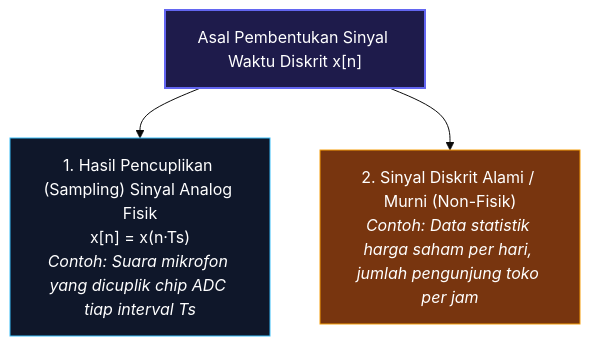
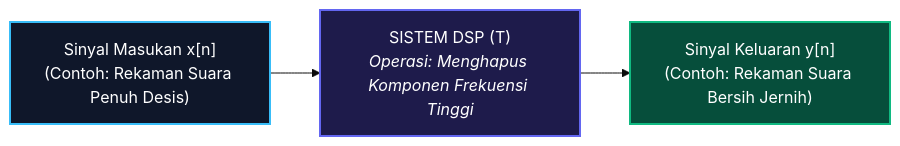
One commit to wheresabuy/PSD changed the third of 6 diagrams in README.md. Above: the diagram before and after it, drawn with Mermaid (base theme). The commit also changed other lines of this file, not shown here.

Commit message:
Reorganize textbook: Strict chronological order based on user prompts with min 4 paragraphs per sub-bab & 9 HD visual graphics

````diff
--- a/README.md
+++ b/README.md
@@ -112,11 +155,8 @@
 ```mermaid
-flowchart TD
-    DTS["Asal Pembentukan Sinyal Waktu Diskrit x[n]"]
+graph LR
+    Input["Sinyal Masukan x[n]<br>(Contoh: Rekaman Suara Penuh Desis)"] --> Sistem["SISTEM DSP (T)<br><i>Operasi: Menghapus Komponen Frekuensi Tinggi</i>"] --> Output["Sinyal Keluaran y[n]<br>(Contoh: Rekaman Suara Bersih Jernih)"]
 
-    DTS --> S1["1. Hasil Pencuplikan (Sampling) Sinyal Analog Fisik<br>x[n] = x(n·Ts)<br><i>Contoh: Suara mikrofon yang dicuplik chip ADC tiap interval Ts</i>"]
-    DTS --> S2["2. Sinyal Diskrit Alami / Murni (Non-Fisik)<br><i>Contoh: Data statistik harga saham per hari, jumlah pengunjung toko per jam</i>"]
-
-    style DTS fill:#1e1b4b,stroke:#6366f1,stroke-width:2px,color:#fff
-    style S1 fill:#0f172a,stroke:#38bdf8,color:#fff
-    style S2 fill:#78350f,stroke:#f59e0b,color:#fff
+    style Input fill:#0f172a,stroke:#38bdf8,stroke-width:2px,color:#fff
+    style Sistem fill:#1e1b4b,stroke:#6366f1,stroke-width:2px,color:#fff
+    style Output fill:#064e3b,stroke:#10b981,stroke-width:2px,color:#fff
 ```
````
